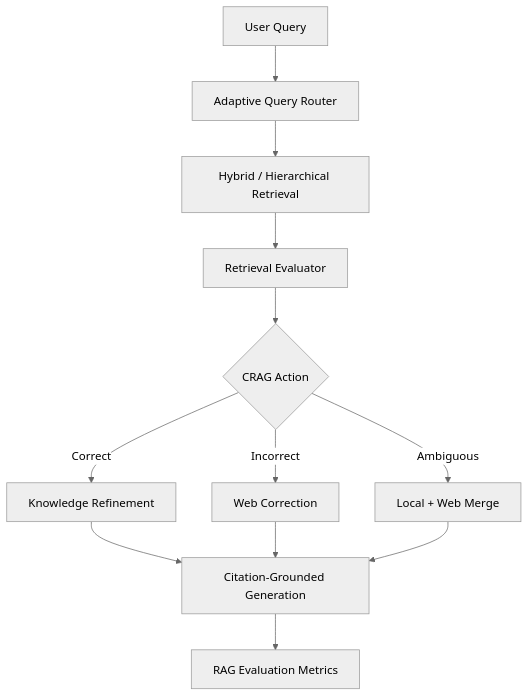
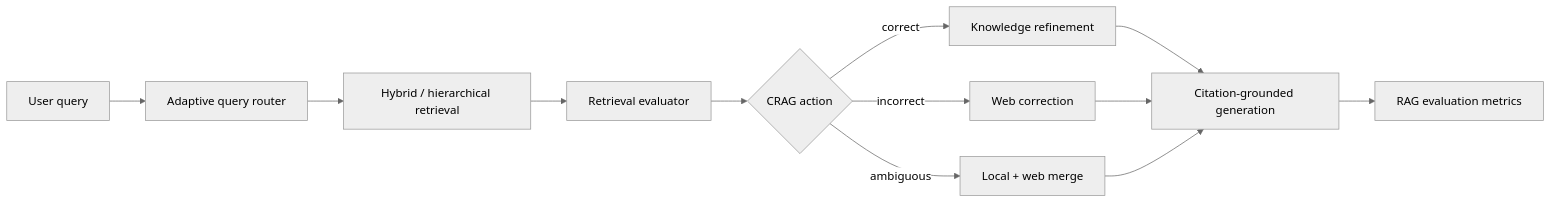
The diagram in README.md (PRINCE2-AI/corrective-agentic-rag-assistant), drawn with Mermaid (neutral theme) before and after one commit. The commit also changed other lines of this file and 2 other files, not shown here.

````diff
--- a/README.md
+++ b/README.md
@@ -38,14 +40,14 @@
 ```mermaid
-flowchart TD
-    A[User Query] --> B[Adaptive Query Router]
-    B --> C[Hybrid / Hierarchical Retrieval]
-    C --> D[Retrieval Evaluator]
-    D --> E{CRAG Action}
-    E -->|Correct| F[Knowledge Refinement]
-    E -->|Incorrect| G[Web Correction]
-    E -->|Ambiguous| H[Local + Web Merge]
-    F --> I[Citation-Grounded Generation]
-    G --> I
-    H --> I
-    I --> J[RAG Evaluation Metrics]
+flowchart LR
+    Q["User query"] --> R["Adaptive query router"]
+    R --> H["Hybrid / hierarchical retrieval"]
+    H --> E["Retrieval evaluator"]
+    E --> A{"CRAG action"}
+    A -->|"correct"| K["Knowledge refinement"]
+    A -->|"incorrect"| W["Web correction"]
+    A -->|"ambiguous"| M["Local + web merge"]
+    K --> G["Citation-grounded generation"]
+    W --> G
+    M --> G
+    G --> V["RAG evaluation metrics"]
 ```
````
